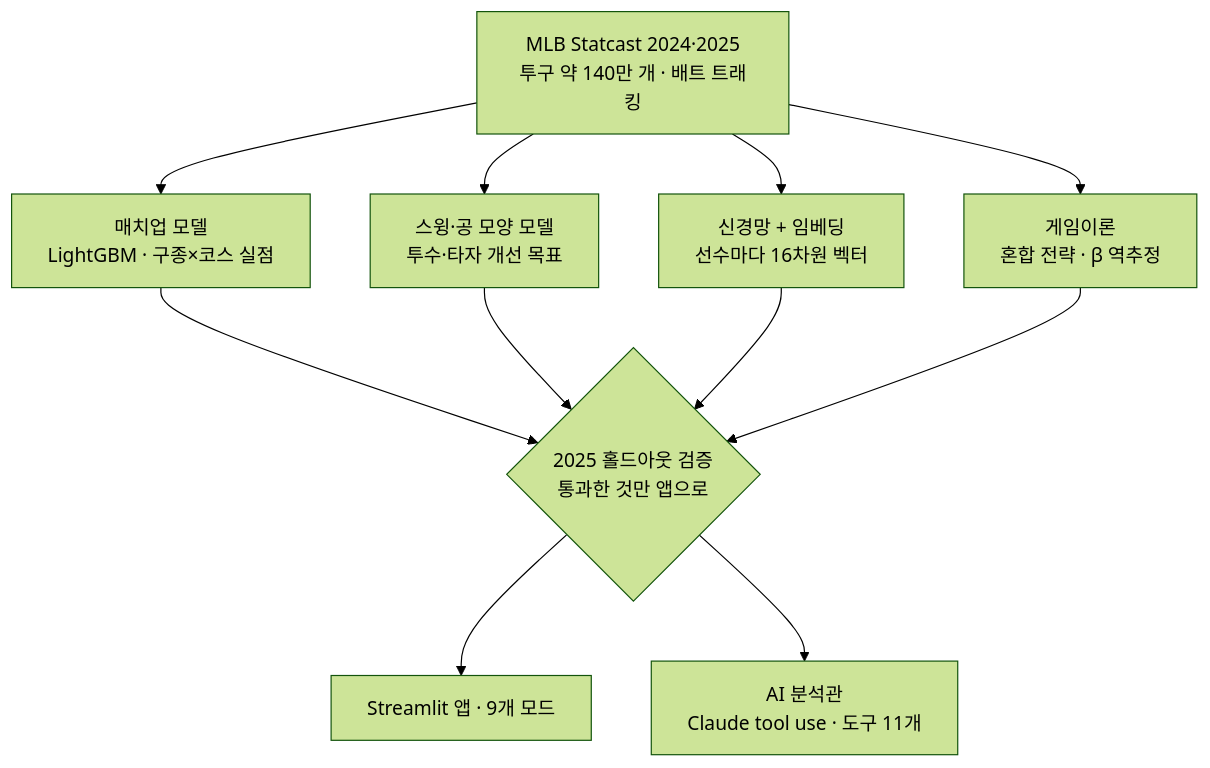
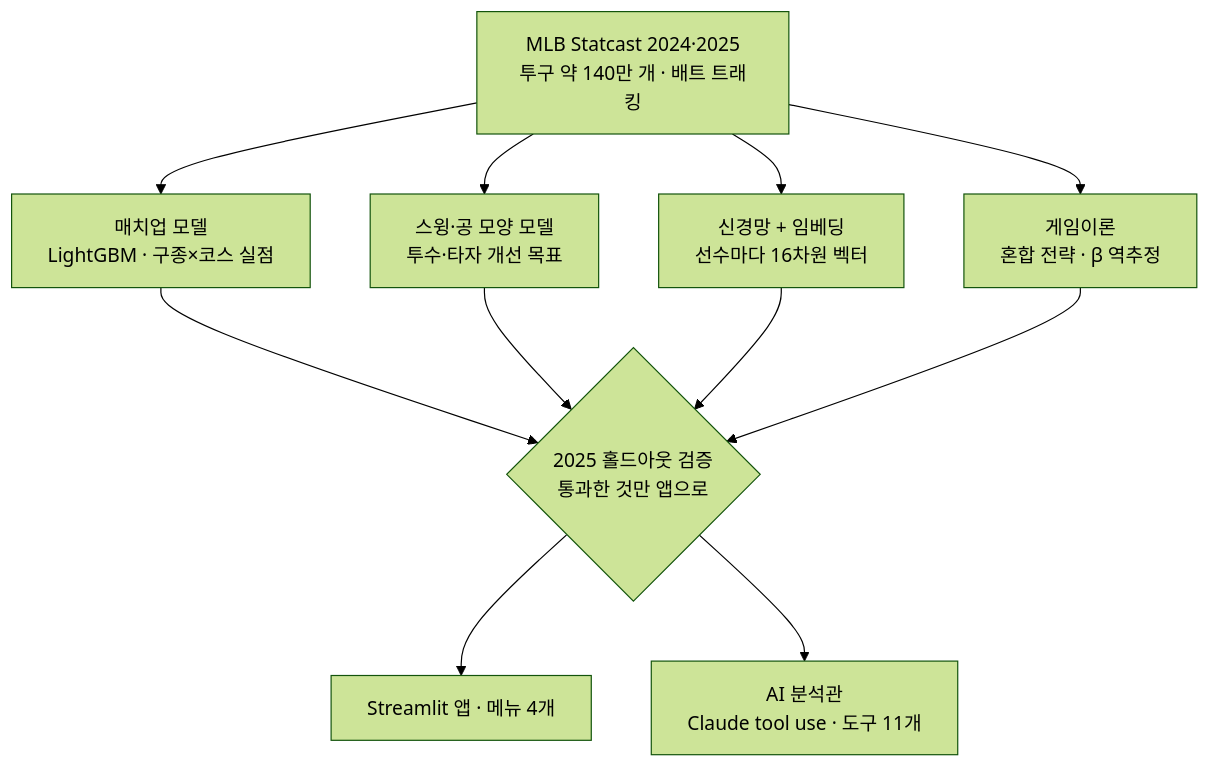
Before and after one commit to chominki2020-afk/Baseball_AI: the diagram in README.md, drawn with Mermaid (forest theme). The commit also changed other lines of this file and 5 other files, not shown here.

````diff
--- a/README.md
+++ b/README.md
@@ -29,13 +29,13 @@
 ```mermaid
 flowchart TD
     D["MLB Statcast 2024·2025<br/>투구 약 140만 개 · 배트 트래킹"] --> M1["매치업 모델<br/>LightGBM · 구종×코스 실점"]
     D --> M2["스윙·공 모양 모델<br/>투수·타자 개선 목표"]
     D --> M3["신경망 + 임베딩<br/>선수마다 16차원 벡터"]
     D --> M4["게임이론<br/>혼합 전략 · β 역추정"]
     M1 --> G{"2025 홀드아웃 검증<br/>통과한 것만 앱으로"}
     M2 --> G
     M3 --> G
     M4 --> G
-    G --> A["Streamlit 앱 · 9개 모드"]
+    G --> A["Streamlit 앱 · 메뉴 4개"]
     G --> AI["AI 분석관<br/>Claude tool use · 도구 11개"]
 ```
````
